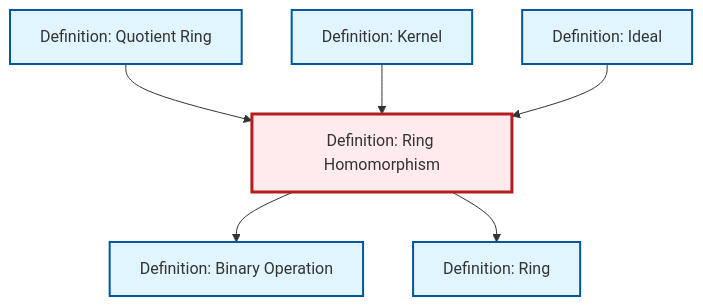
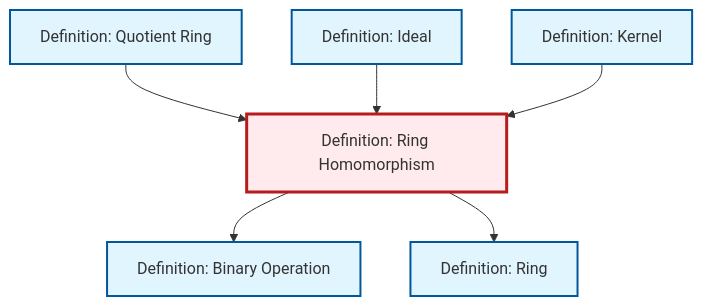
Before and after one commit to RK0429/ModernMath: the diagram in content/en/algebra/def-ring-homomorphism.qmd, drawn with Mermaid. The commit also changed other lines of this file and 654 other files, not shown here.

````diff
--- a/content/en/algebra/def-ring-homomorphism.qmd
+++ b/content/en/algebra/def-ring-homomorphism.qmd
@@ -86,26 +86,26 @@
 ```{mermaid}
 %%| fig-cap: "Local dependency graph"
 graph TD
     classDef definition fill:#e1f5fe,stroke:#01579b,stroke-width:2px
     classDef theorem fill:#f3e5f5,stroke:#4a148c,stroke-width:2px
     classDef axiom fill:#fff3e0,stroke:#e65100,stroke-width:2px
     classDef example fill:#e8f5e9,stroke:#1b5e20,stroke-width:2px
     classDef current fill:#ffebee,stroke:#b71c1c,stroke-width:3px
     def-quotient-ring["Definition: Quotient Ring"]:::definition
-    def-binary-operation["Definition: Binary Operation"]:::definition
     def-ring-homomorphism["Definition: Ring Homomorphism"]:::definition
     def-ring["Definition: Ring"]:::definition
     def-kernel["Definition: Kernel"]:::definition
+    def-binary-operation["Definition: Binary Operation"]:::definition
     def-ideal["Definition: Ideal"]:::definition
+    def-ring-homomorphism --> def-binary-operation
+    def-ring-homomorphism --> def-ring
     def-quotient-ring --> def-ring-homomorphism
-    def-ring-homomorphism --> def-binary-operation
+    def-ideal --> def-ring-homomorphism
     def-kernel --> def-ring-homomorphism
-    def-ring-homomorphism --> def-ring
-    def-ideal --> def-ring-homomorphism
     class def-ring-homomorphism current
     click def-quotient-ring "def-quotient-ring.html" "Go to Quotient Ring definition"
-    click def-binary-operation "def-binary-operation.html" "Go to Binary Operation definition"
     click def-ring "def-ring.html" "Go to Ring definition"
     click def-kernel "def-kernel.html" "Go to Kernel definition"
+    click def-binary-operation "def-binary-operation.html" "Go to Binary Operation definition"
     click def-ideal "def-ideal.html" "Go to Ideal definition"
 ```
````
